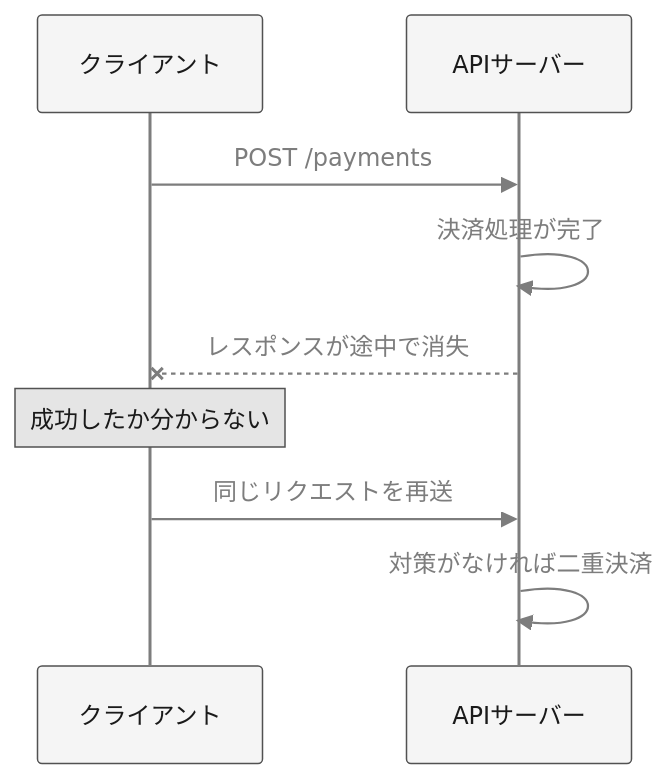
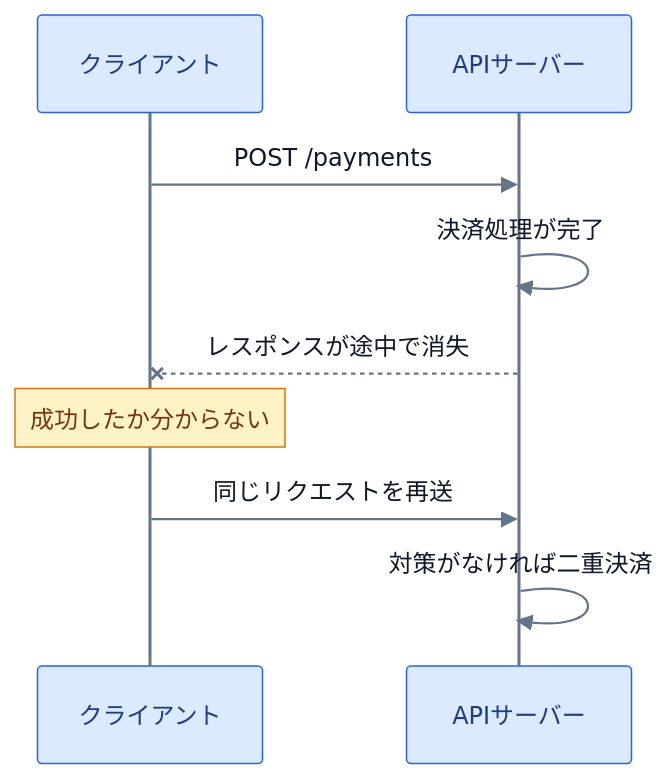
One commit to nagahara-naoki/zenn changed the first of 2 diagrams in articles/605a779340e0.md. Above: the diagram before and after it, drawn with Mermaid. The commit also changed other lines of this file, not shown here.

````diff
--- a/articles/605a779340e0.md
+++ b/articles/605a779340e0.md
@@ -66,13 +62,13 @@
 ```mermaid
-%%{init: {'theme':'base','themeVariables':{'primaryColor':'#f5f5f5','primaryBorderColor':'#525252','primaryTextColor':'#1a1a1a','secondaryColor':'#e5e5e5','secondaryBorderColor':'#525252','secondaryTextColor':'#1a1a1a','tertiaryColor':'#fafafa','tertiaryBorderColor':'#525252','tertiaryTextColor':'#1a1a1a','mainBkg':'#f5f5f5','nodeBorder':'#525252','nodeTextColor':'#1a1a1a','clusterBkg':'#fafafa','clusterBorder':'#525252','lineColor':'#7d7d7d','textColor':'#1a1a1a','edgeLabelBackground':'#f5f5f5','actorBkg':'#f5f5f5','actorBorder':'#525252','actorTextColor':'#1a1a1a','actorLineColor':'#7d7d7d','signalColor':'#7d7d7d','signalTextColor':'#7d7d7d','noteBkgColor':'#e5e5e5','noteBorderColor':'#525252','noteTextColor':'#1a1a1a','activationBkgColor':'#e5e5e5','activationBorderColor':'#525252','labelBoxBkgColor':'#f5f5f5','labelBoxBorderColor':'#525252','labelTextColor':'#1a1a1a','loopTextColor':'#1a1a1a'}}}%%
+%%{init: {'theme':'base','themeVariables':{'primaryColor':'#DBEAFE','primaryBorderColor':'#2563EB','primaryTextColor':'#1E3A8A','secondaryColor':'#CCFBF1','secondaryBorderColor':'#0F766E','secondaryTextColor':'#134E4A','tertiaryColor':'#F8FAFC','tertiaryBorderColor':'#64748B','tertiaryTextColor':'#0F172A','lineColor':'#64748B','textColor':'#0F172A','actorBkg':'#DBEAFE','actorBorder':'#2563EB','actorTextColor':'#1E3A8A','actorLineColor':'#64748B','signalColor':'#64748B','signalTextColor':'#0F172A','noteBkgColor':'#FEF3C7','noteBorderColor':'#D97706','noteTextColor':'#78350F'}}}%%
 sequenceDiagram
   participant Client as クライアント
   participant Server as APIサーバー
 
   Client->>Server: POST /payments
   Server->>Server: 決済処理が完了
   Server--xClient: レスポンスが途中で消失
   Note over Client: 成功したか分からない
   Client->>Server: 同じリクエストを再送
   Server->>Server: 対策がなければ二重決済
 ```
````
